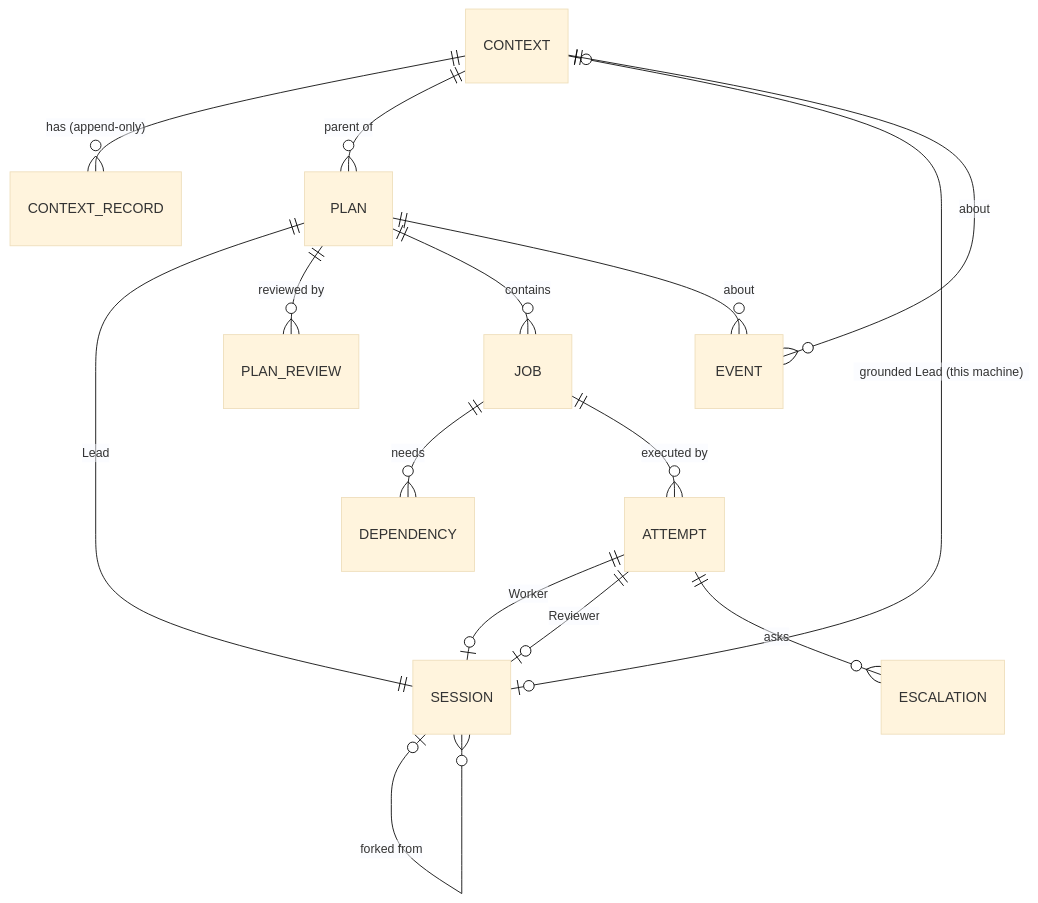
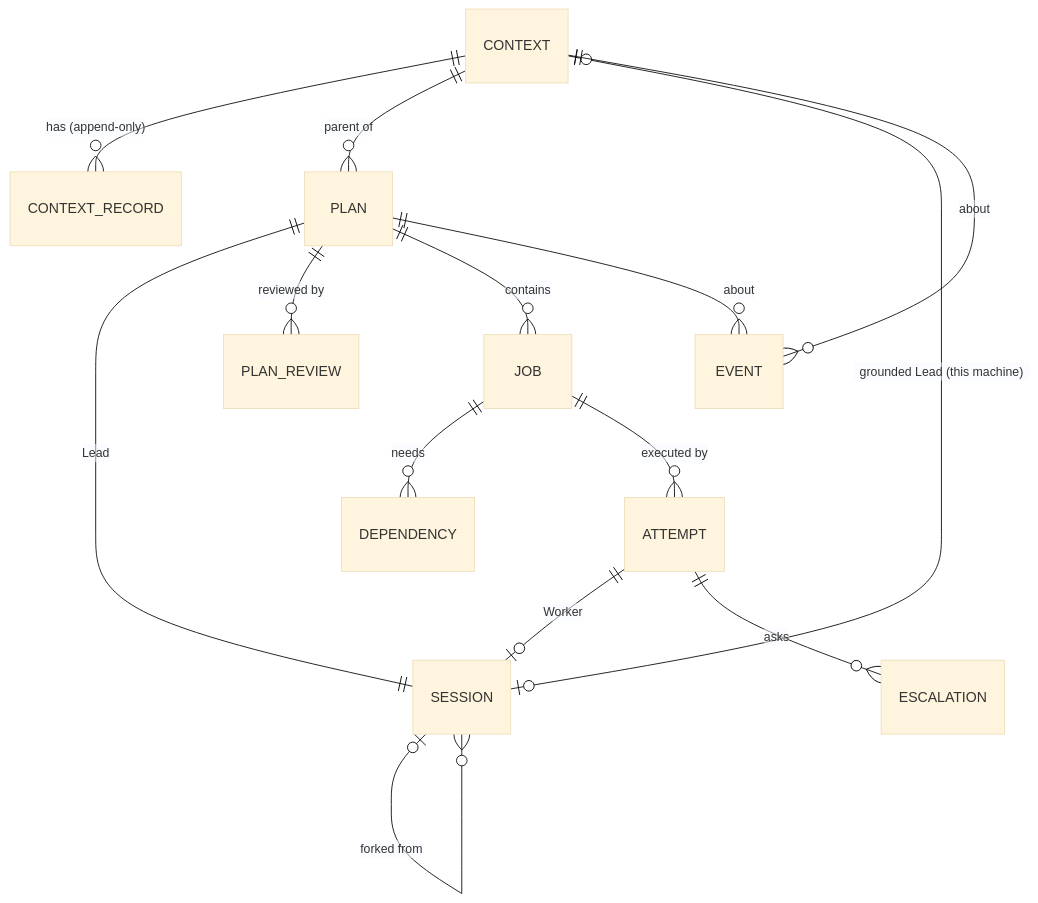
The first of 4 diagrams in docs/v2/contract.md (clayton-duarte/cpd), drawn with Mermaid (base theme) before and after one commit. The commit also changed other lines of this file and 2 other files, not shown here.

Commit message:
docs(v2): R19/R20: no Job-level Gate or Reviewer, quick check at submit without fallback, the Gate at pr open and pr rebase

````diff
--- a/docs/v2/contract.md
+++ b/docs/v2/contract.md
@@ -300,17 +298,16 @@
 ```mermaid
 erDiagram
   CONTEXT ||--o{ CONTEXT_RECORD : "has (append-only)"
   CONTEXT ||--o{ PLAN : "parent of"
   CONTEXT |o--o| SESSION : "grounded Lead (this machine)"
   PLAN ||--|| SESSION : "Lead"
   PLAN ||--o{ PLAN_REVIEW : "reviewed by"
   PLAN ||--o{ JOB : "contains"
   JOB ||--o{ DEPENDENCY : "needs"
   JOB ||--o{ ATTEMPT : "executed by"
   ATTEMPT ||--o| SESSION : "Worker"
-  ATTEMPT ||--o| SESSION : "Reviewer"
   ATTEMPT ||--o{ ESCALATION : "asks"
   SESSION |o--o{ SESSION : "forked from"
   PLAN ||--o{ EVENT : "about"
   CONTEXT ||--o{ EVENT : "about"
 ```
````
